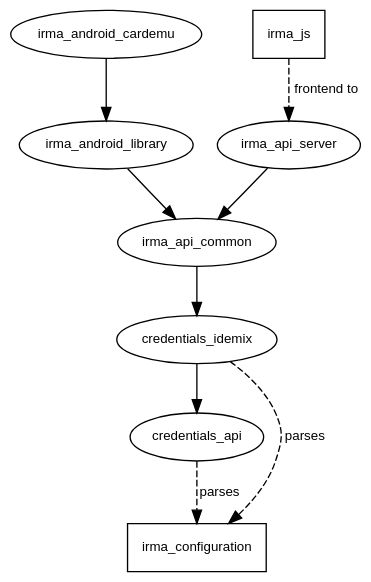
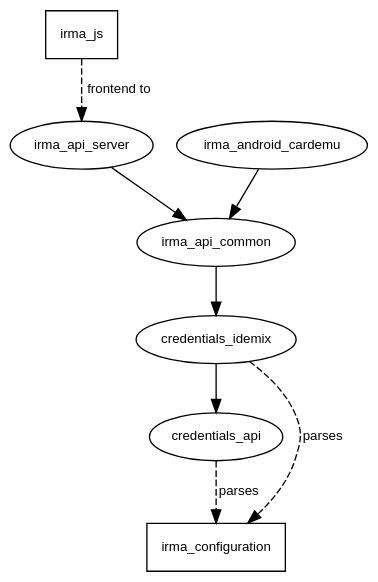
The diagram in images/stack.dot (credentials/credentials.github.io), drawn with Graphviz before and after one commit. The commit also changed 2 other files, not shown here.

Commit message:
Frontpage: remove irma_android_library from stack

```diff
--- a/images/stack.dot
+++ b/images/stack.dot
@@ -1,21 +1,19 @@
 digraph irma_stack {
 	graph [fontname="sans-serif" fontsize="10pt" bgcolor="transparent"];
 	node [fontname="sans-serif" fontsize="10pt"];
 	edge [fontname="sans-serif" fontsize="10pt"];
-	emu[label="irma_android_cardemu"]
-	ial[label="irma_android_library"]
 	ijs[label="irma_js" shape="rect"]
 	ias[label="irma_api_server"]
+	emu[label="irma_android_cardemu"]
 	iac[label="irma_api_common"]
 	ci[label="credentials_idemix"]
 	ca[label="credentials_api"]
 	conf[label="irma_configuration" shape="rect"]
-	emu->ial
-	ial->iac
+	emu->iac
 	ijs->ias[style="dashed" label=" frontend to"]
 	ias->iac
 	iac->ci
 	ci->ca
 	ca->conf[style="dashed" label=" parses"]
 	ci->conf[style="dashed" label=" parses" weight=0]
 }
```
